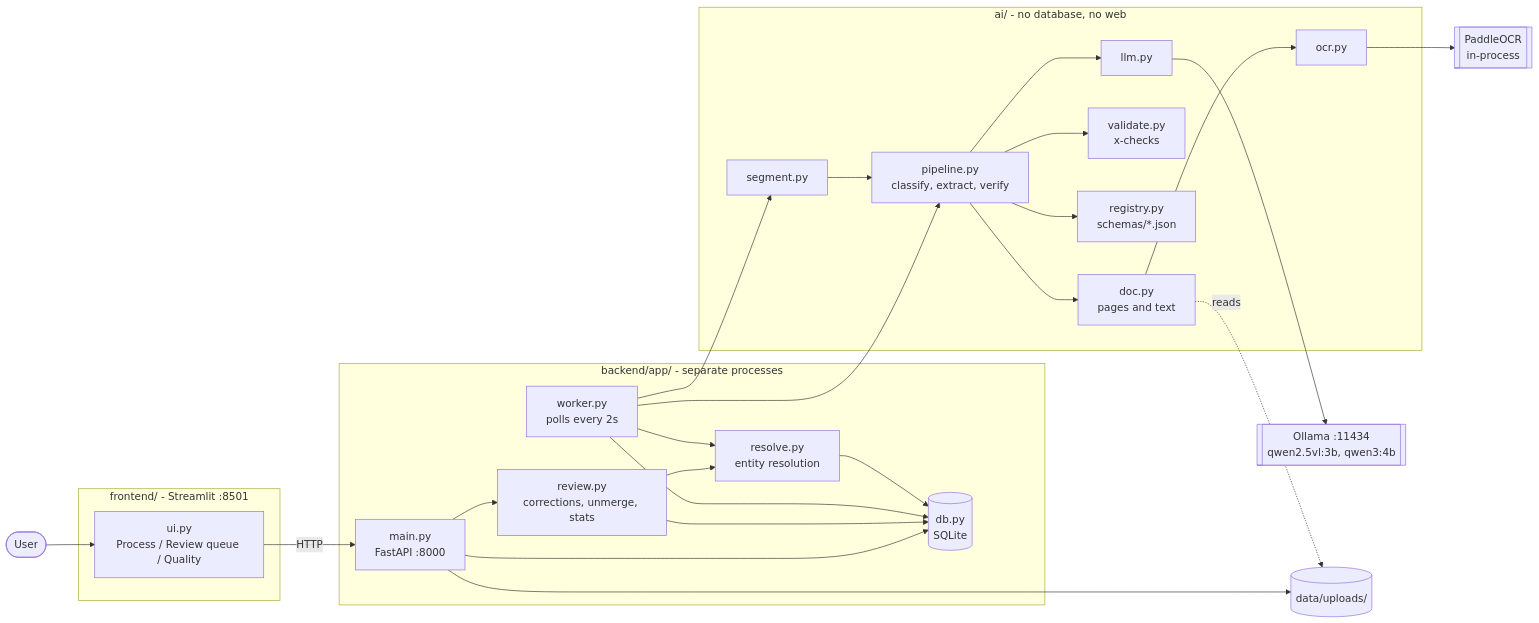
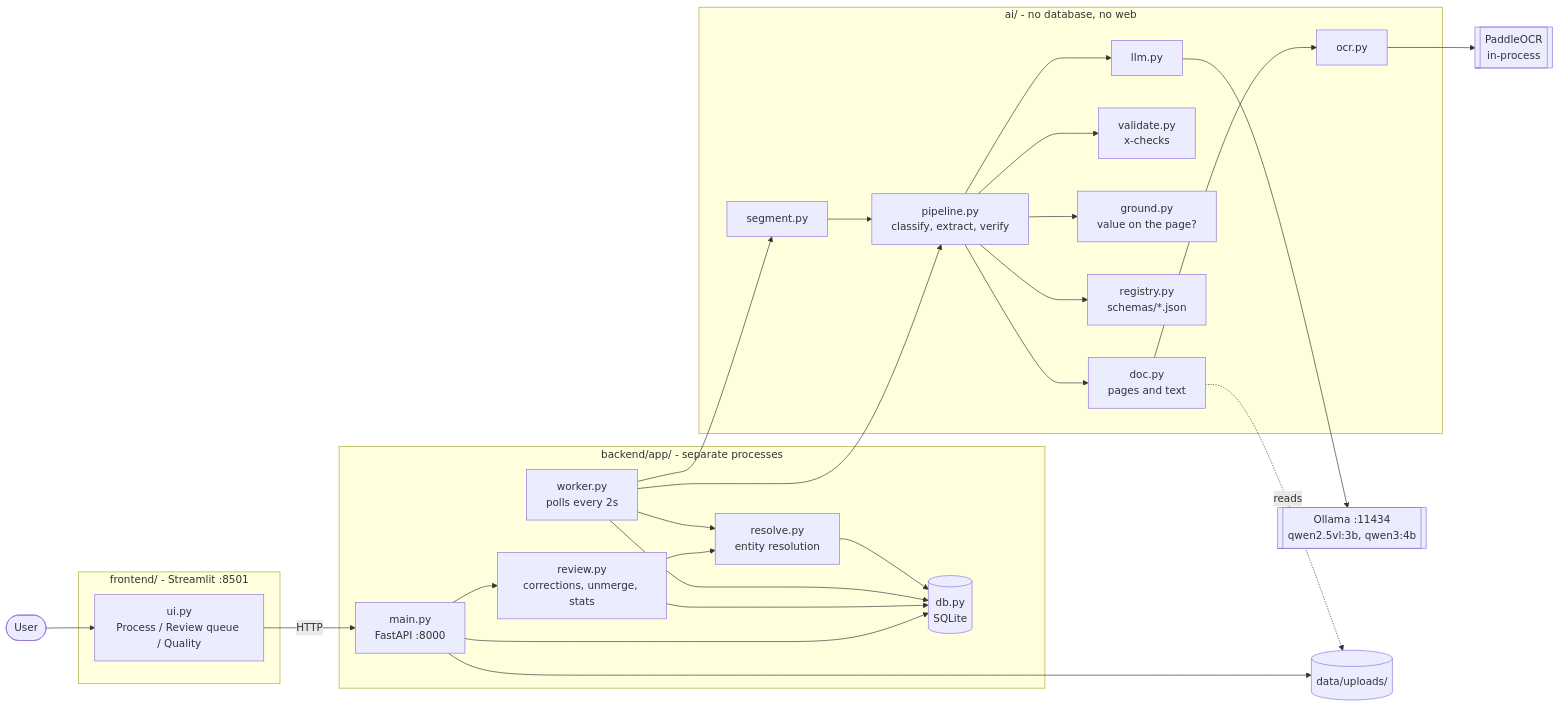
Before and after one commit to debanjanm/Agentic-IDP: the first of 3 diagrams in docs/architecture.md, drawn with Mermaid. The commit also changed other lines of this file and 8 other files, not shown here.

````diff
--- a/docs/architecture.md
+++ b/docs/architecture.md
@@ -11,48 +11,50 @@
 ```mermaid
 flowchart LR
     user([User])
     subgraph FE["frontend/ - Streamlit :8501"]
         ui["ui.py<br/>Process / Review queue / Quality"]
     end
     subgraph BE["backend/app/ - separate processes"]
         api["main.py<br/>FastAPI :8000"]
         worker["worker.py<br/>polls every 2s"]
         review["review.py<br/>corrections, unmerge, stats"]
         resolve["resolve.py<br/>entity resolution"]
         db[("db.py<br/>SQLite")]
     end
     subgraph AI["ai/ - no database, no web"]
         pipe["pipeline.py<br/>classify, extract, verify"]
         seg["segment.py"]
         docm["doc.py<br/>pages and text"]
         val["validate.py<br/>x-checks"]
+        gnd["ground.py<br/>value on the page?"]
         reg["registry.py<br/>schemas/*.json"]
         ocr["ocr.py"]
         llm["llm.py"]
     end
     ollama[["Ollama :11434<br/>qwen2.5vl:3b, qwen3:4b"]]
     paddle[["PaddleOCR<br/>in-process"]]
     files[("data/uploads/")]
 
     user --> ui
     ui -- HTTP --> api
     api --> db
     api --> files
     api --> review
     review --> db
     review --> resolve
     worker --> db
     worker --> pipe
     worker --> seg
     worker --> resolve
     resolve --> db
     pipe --> docm
     pipe --> val
+    pipe --> gnd
     pipe --> reg
     pipe --> llm
     seg --> pipe
     docm --> ocr
     ocr --> paddle
     llm --> ollama
     docm -. reads .-> files
 ```
````
